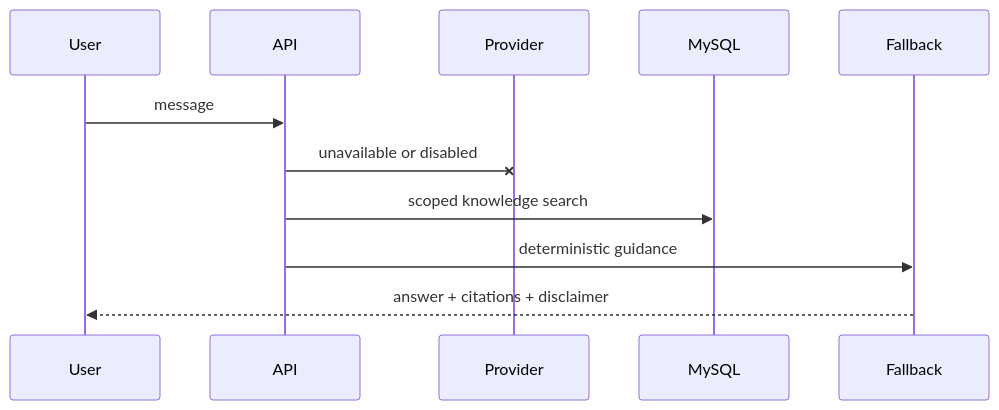
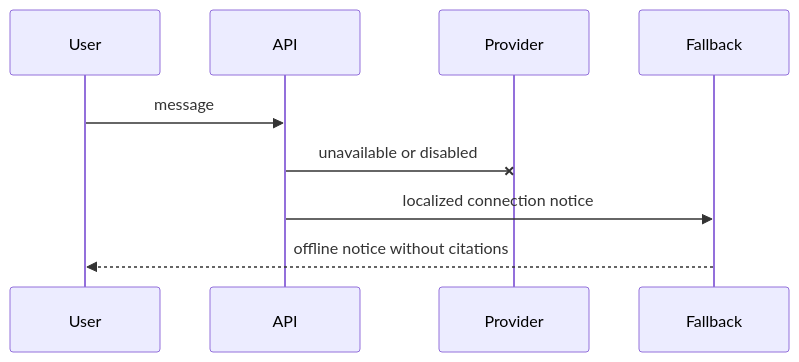
One commit to Barmana-Own/NIVASafe changed the second of 2 diagrams in docs/ai-provider.md. Above: the diagram before and after it, drawn with Mermaid. The commit also changed other lines of this file and 70 other files, not shown here.

````diff
--- a/docs/ai-provider.md
+++ b/docs/ai-provider.md
@@ -14,8 +14,7 @@
 ```mermaid
 sequenceDiagram
   User->>API: message
   API-xProvider: unavailable or disabled
-  API->>MySQL: scoped knowledge search
-  API->>Fallback: deterministic guidance
-  Fallback-->>User: answer + citations + disclaimer
+  API->>Fallback: localized connection notice
+  Fallback-->>User: offline notice without citations
 ```
````
